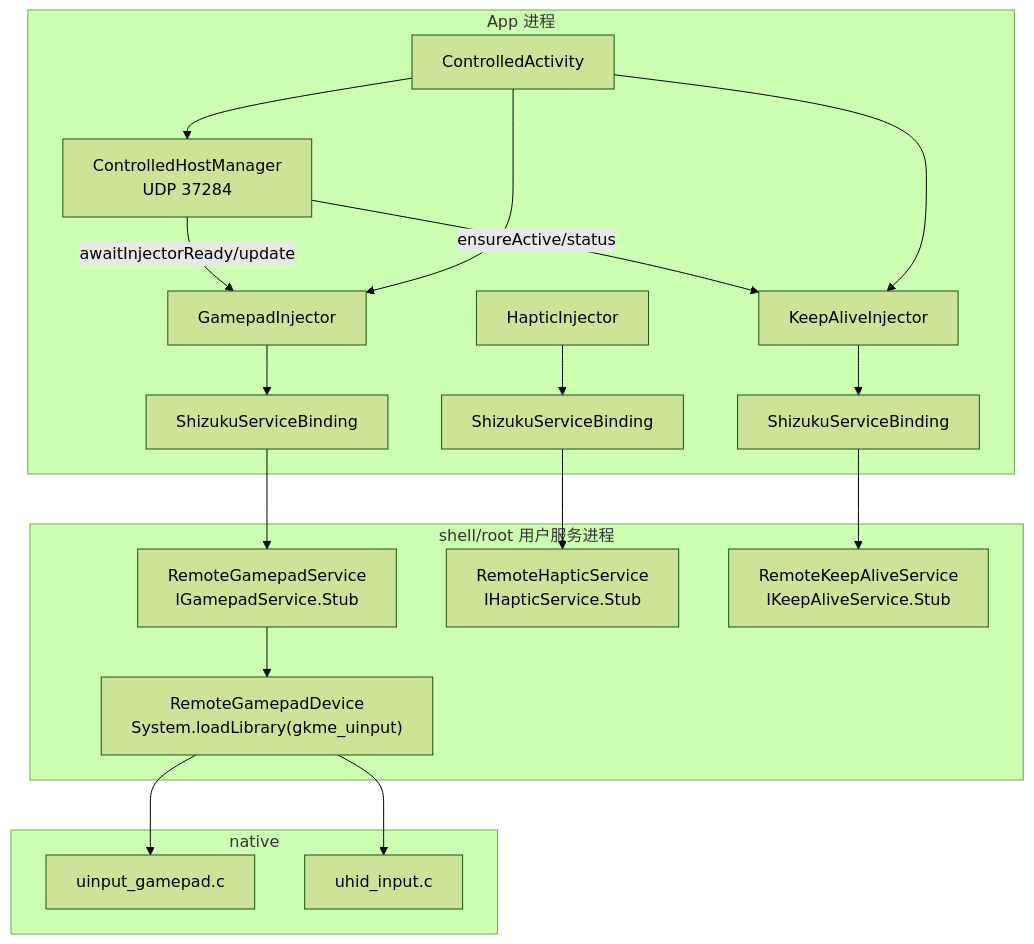
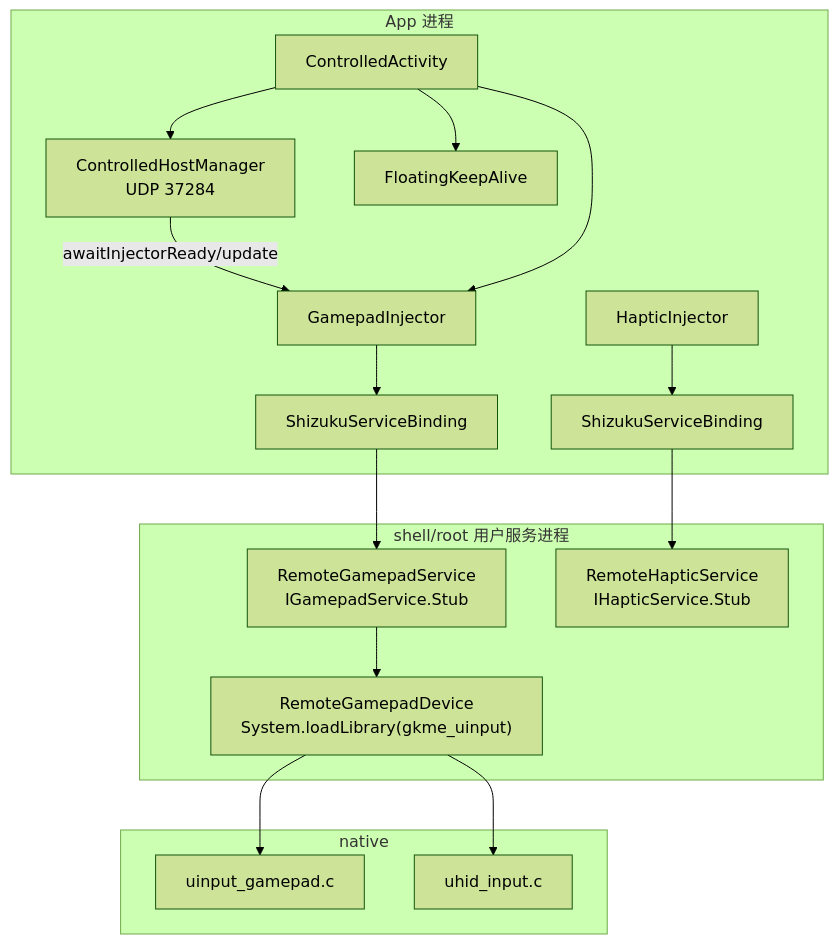
One commit to 4zyz4/GKME changed the diagram in docs/controlled-native.md. Above: the diagram before and after it, drawn with Mermaid (forest theme). The commit also changed other lines of this file and 13 other files, not shown here.

````diff
--- a/docs/controlled-native.md
+++ b/docs/controlled-native.md
@@ -14,37 +14,33 @@
 ```mermaid
 flowchart TB
     subgraph APP["App 进程"]
         CA["ControlledActivity"]
         CHM["ControlledHostManager<br/>UDP 37284"]
         GI["GamepadInjector"]
         HI["HapticInjector"]
-        KI["KeepAliveInjector"]
+        FKA["FloatingKeepAlive"]
         SB1["ShizukuServiceBinding"]
         SB2["ShizukuServiceBinding"]
-        SB3["ShizukuServiceBinding"]
     end
 
     subgraph SHELL["shell/root 用户服务进程"]
         RGS["RemoteGamepadService<br/>IGamepadService.Stub"]
         RHS["RemoteHapticService<br/>IHapticService.Stub"]
-        RKA["RemoteKeepAliveService<br/>IKeepAliveService.Stub"]
         RGD["RemoteGamepadDevice<br/>System.loadLibrary(gkme_uinput)"]
     end
 
     subgraph NATIVE["native"]
         UI["uinput_gamepad.c"]
         UH["uhid_input.c"]
     end
 
     CA --> CHM
     CHM -->|awaitInjectorReady/update| GI
-    CHM -->|ensureActive/status| KI
     CA --> GI
-    CA --> KI
+    CA --> FKA
     GI --> SB1 --> RGS
     HI --> SB2 --> RHS
-    KI --> SB3 --> RKA
     RGS --> RGD
     RGD --> UI
     RGD --> UH
 ```
````
